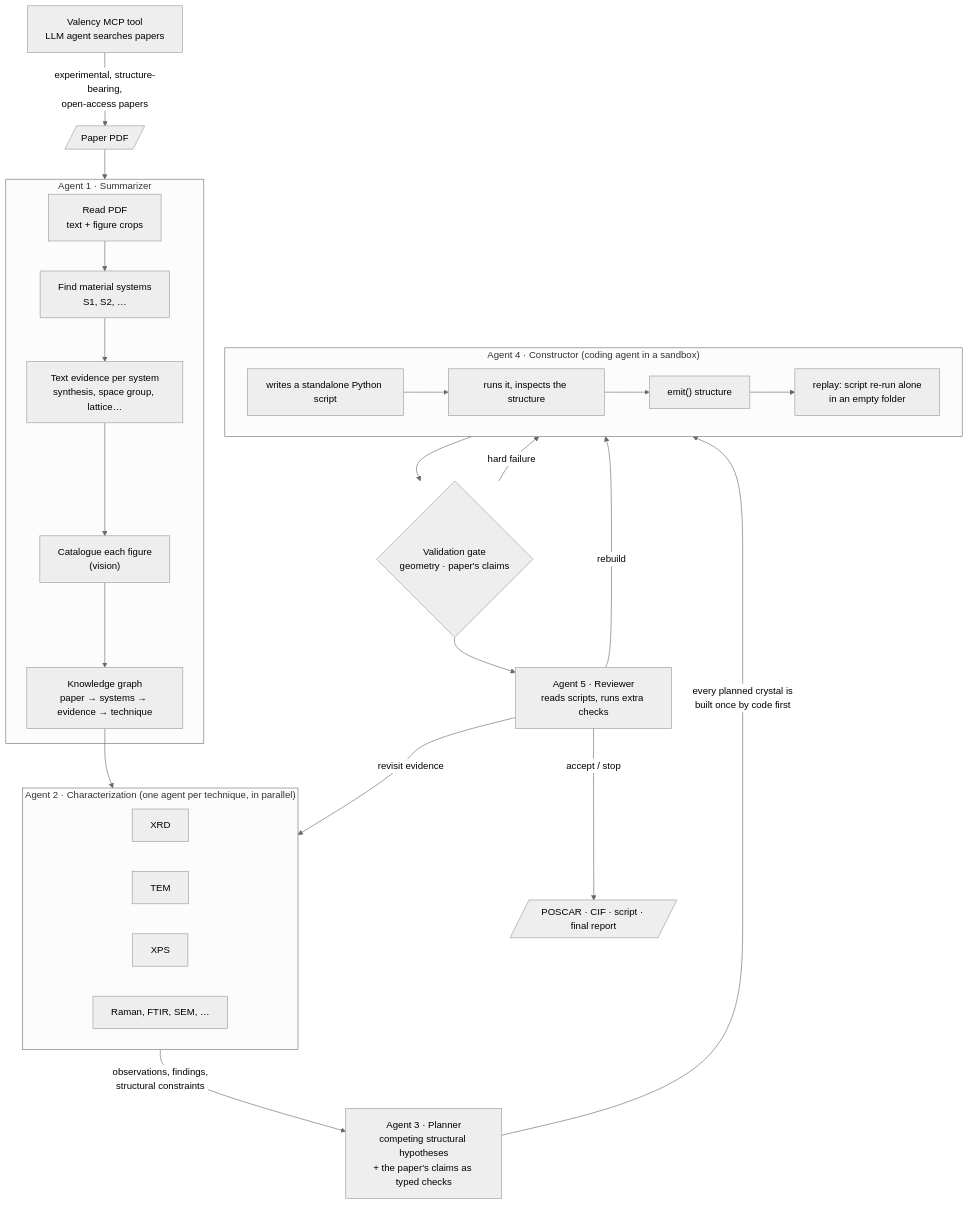
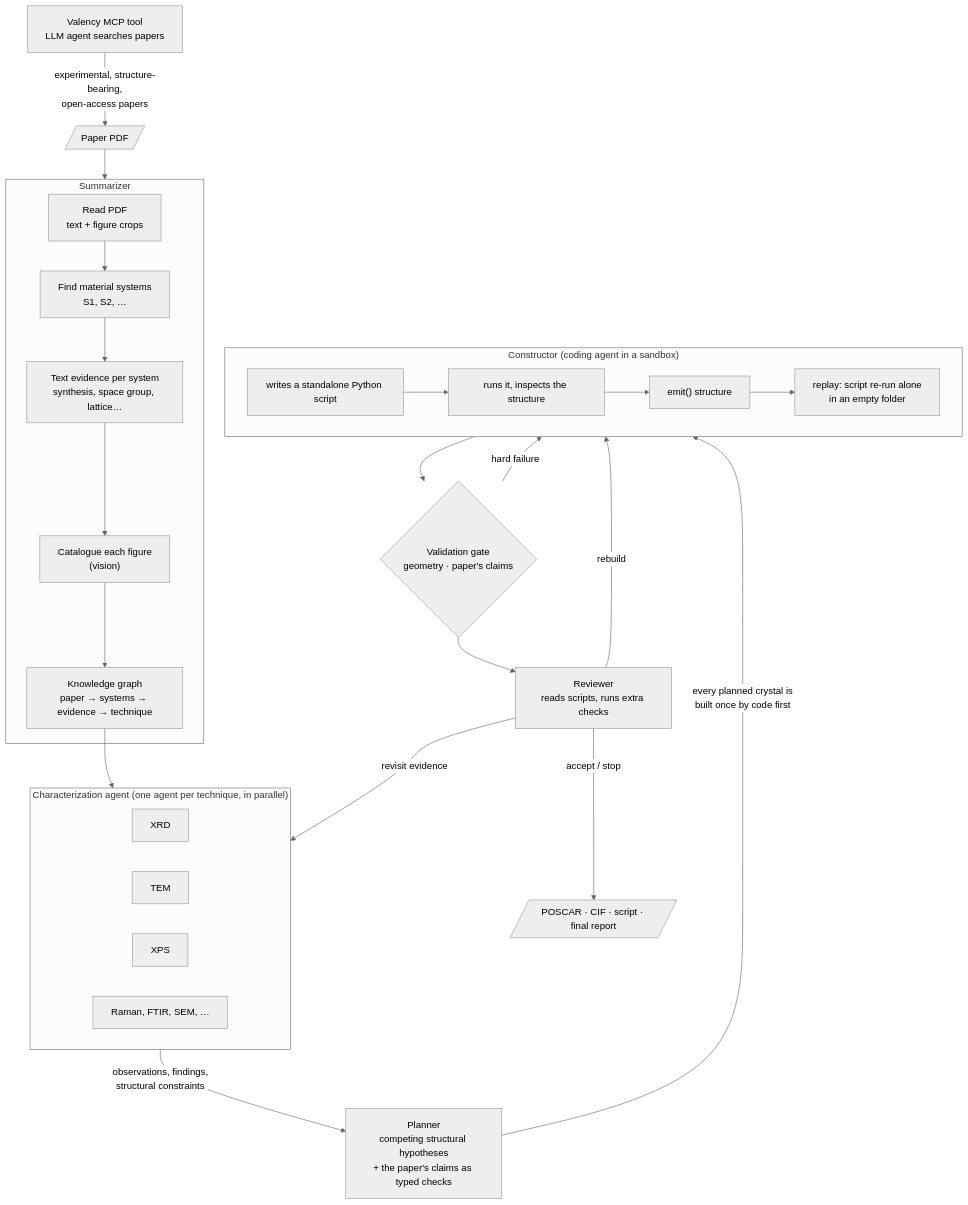
The diagram in README.md (sj-cha/paper2structure), drawn with Mermaid (neutral theme) before and after one commit. The commit also changed other lines of this file and 35 other files, not shown here.

````diff
--- a/README.md
+++ b/README.md
@@ -74,38 +38,38 @@
 ```mermaid
 flowchart TD
     VAL["Valency MCP tool<br/>LLM agent searches papers"] -->|"experimental, structure-bearing,<br/>open-access papers"| PDF
     PDF[/"Paper PDF"/] --> A1
 
-    subgraph A1["Agent 1 · Summarizer"]
+    subgraph A1["Summarizer"]
         R["Read PDF<br/>text + figure crops"] --> FS["Find material systems<br/>S1, S2, …"]
         FS --> TE["Text evidence per system<br/>synthesis, space group, lattice…"]
         TE --> FG["Catalogue each figure<br/>(vision)"]
         FG --> KG["Knowledge graph<br/>paper → systems → evidence → technique"]
     end
 
     KG --> A2
 
-    subgraph A2["Agent 2 · Characterization (one agent per technique, in parallel)"]
+    subgraph A2["Characterization agent (one agent per technique, in parallel)"]
         XRD["XRD"]
         TEM["TEM"]
         XPS["XPS"]
         OTH["Raman, FTIR, SEM, …"]
     end
 
     A2 -->|"observations, findings,<br/>structural constraints"| A3
 
-    A3["Agent 3 · Planner<br/>competing structural hypotheses<br/>+ the paper's claims as typed checks"] -->|"every planned crystal is<br/>built once by code first"| A4
+    A3["Planner<br/>competing structural hypotheses<br/>+ the paper's claims as typed checks"] -->|"every planned crystal is<br/>built once by code first"| A4
 
-    subgraph A4["Agent 4 · Constructor (coding agent in a sandbox)"]
+    subgraph A4["Constructor (coding agent in a sandbox)"]
         W["writes a standalone Python script"] --> RUN["runs it, inspects the structure"]
         RUN --> EM["emit() structure"]
         EM --> RP["replay: script re-run alone<br/>in an empty folder"]
     end
 
     A4 --> V{"Validation gate<br/>geometry · paper's claims"}
     V -->|"hard failure"| A4
-    V --> A5["Agent 5 · Reviewer<br/>reads scripts, runs extra checks"]
+    V --> A5["Reviewer<br/>reads scripts, runs extra checks"]
     A5 -->|"rebuild"| A4
     A5 -->|"revisit evidence"| A2
     A5 -->|"accept / stop"| OUT[/"POSCAR · CIF · script · final report"/]
 ```
````
